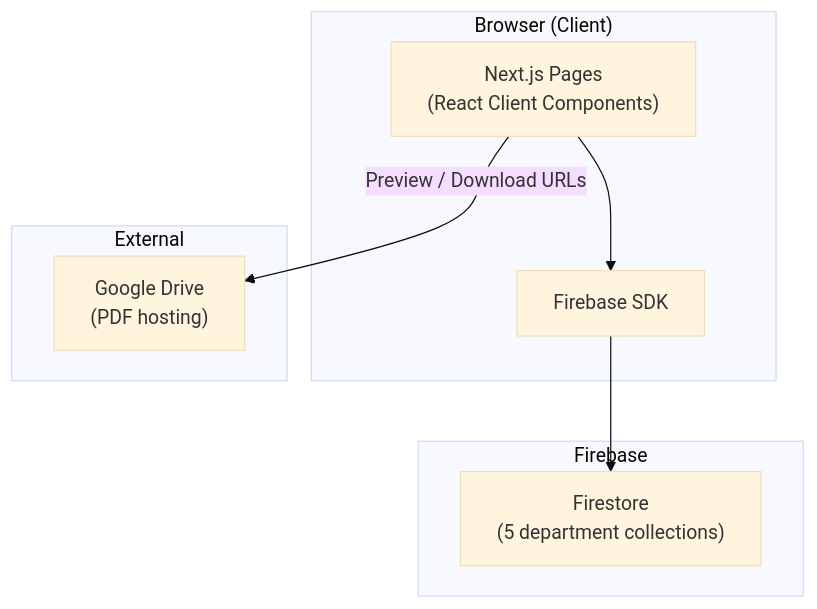
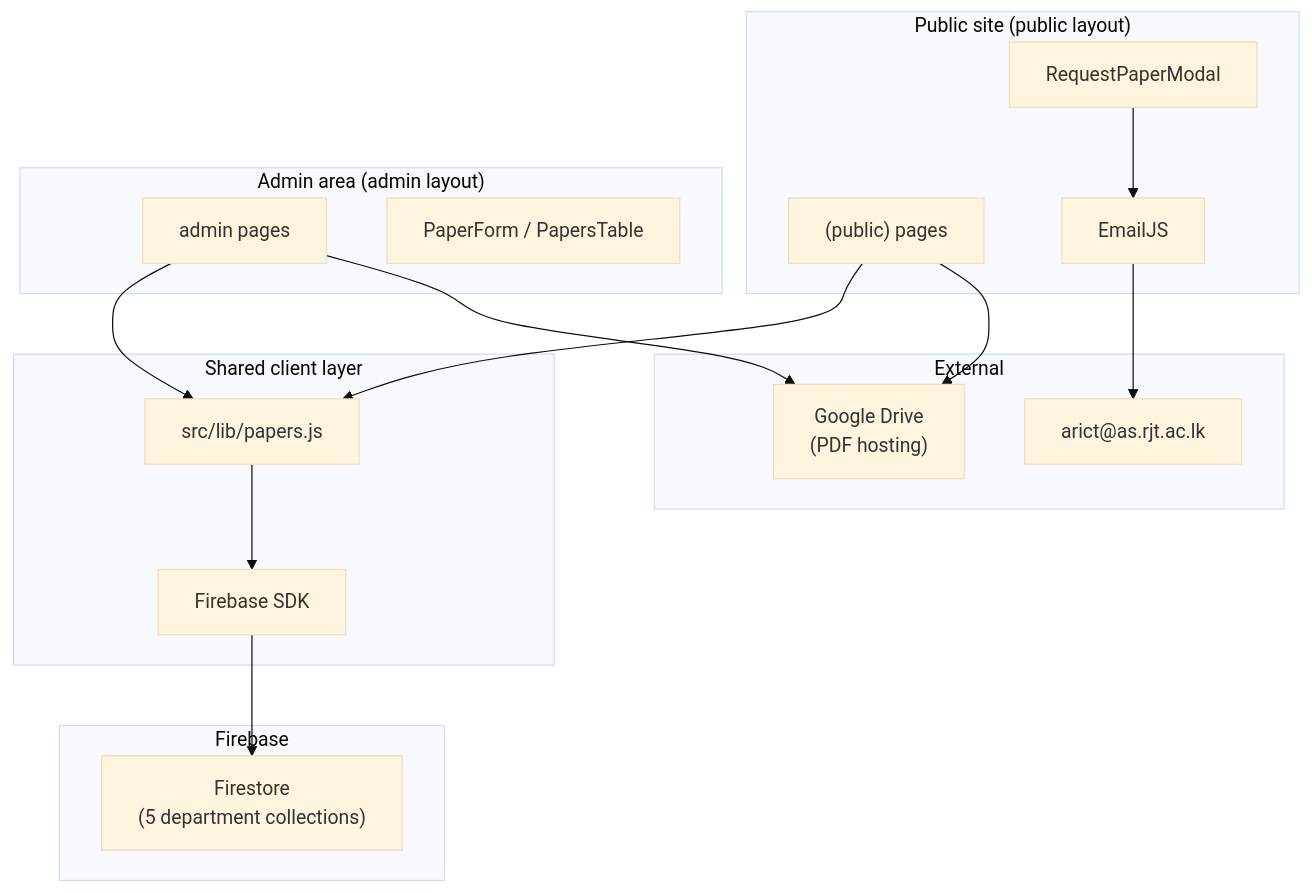
One commit to sandunMadhushan/arict-paper-portal changed the diagram in README.md. Above: the diagram before and after it, drawn with Mermaid (base theme). The commit also changed other lines of this file, not shown here.

````diff
--- a/README.md
+++ b/README.md
@@ -87,19 +101,36 @@
 ```mermaid
 flowchart TB
-  subgraph Browser["Browser (Client)"]
-    Pages["Next.js Pages<br/>(React Client Components)"]
+  subgraph Public["Public site (public layout)"]
+    PublicPages["(public) pages"]
+    RequestModal["RequestPaperModal"]
+    EmailJS["EmailJS"]
+  end
+
+  subgraph Admin["Admin area (admin layout)"]
+    AdminPages["admin pages"]
+    PaperForm["PaperForm / PapersTable"]
+  end
+
+  subgraph Shared["Shared client layer"]
+    PapersLib["src/lib/papers.js"]
     FirebaseSDK["Firebase SDK"]
   end
 
   subgraph Firebase["Firebase"]
     Firestore["Firestore<br/>(5 department collections)"]
   end
 
   subgraph External["External"]
     GDrive["Google Drive<br/>(PDF hosting)"]
+    ARICTEmail["arict@as.rjt.ac.lk"]
   end
 
-  Pages --> FirebaseSDK
+  PublicPages --> PapersLib
+  AdminPages --> PapersLib
+  PapersLib --> FirebaseSDK
   FirebaseSDK --> Firestore
-  Pages -->|"Preview / Download URLs"| GDrive
+  PublicPages --> GDrive
+  AdminPages --> GDrive
+  RequestModal --> EmailJS
+  EmailJS --> ARICTEmail
 ```
````
